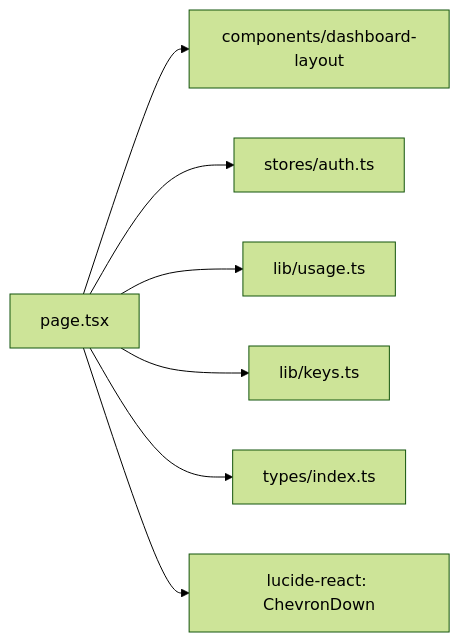
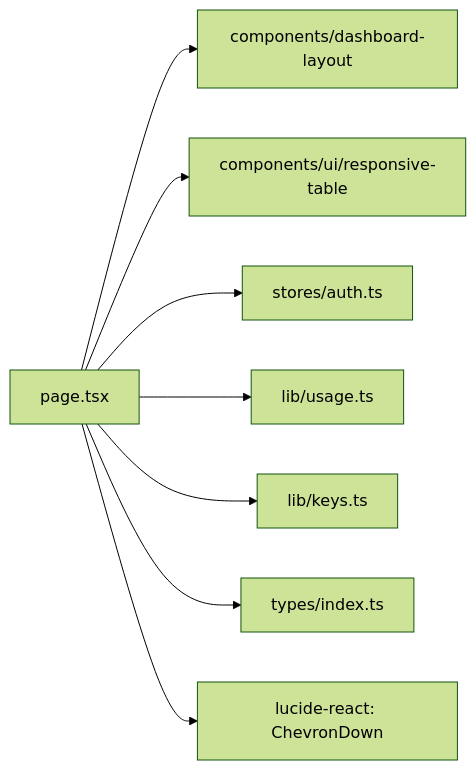
One commit to Zekiwest/sub2api-web changed the diagram in src/app/usage/_dir.md. Above: the diagram before and after it, drawn with Mermaid (forest theme). The commit also changed other lines of this file and 12 other files, not shown here.

First line of the commit message:
feat: Add mobile responsive layout and responsive table component

````diff
--- a/src/app/usage/_dir.md
+++ b/src/app/usage/_dir.md
@@ -34,9 +36,10 @@
 ```mermaid
 graph LR
     P[page.tsx] --> DL[components/dashboard-layout]
+    P --> RT[components/ui/responsive-table]
     P --> S[stores/auth.ts]
     P --> U[lib/usage.ts]
     P --> K[lib/keys.ts]
     P --> T[types/index.ts]
     P --> L[lucide-react: ChevronDown]
 ```
````
